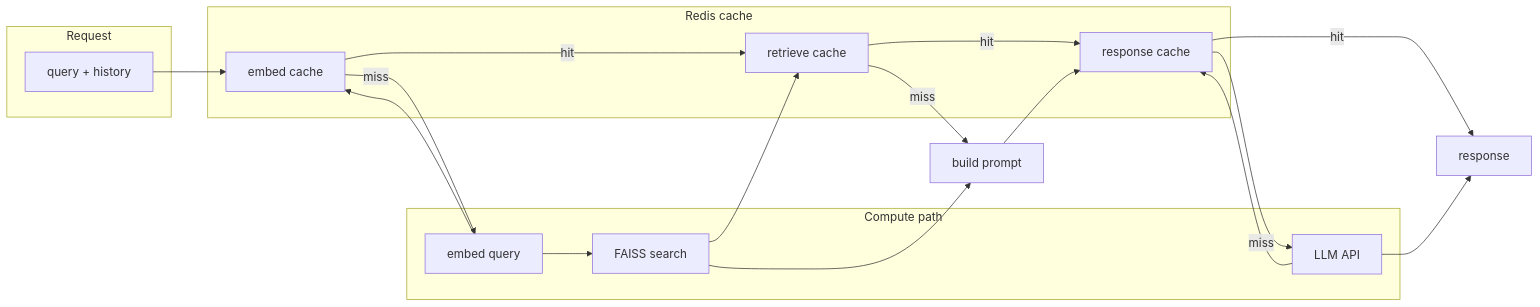
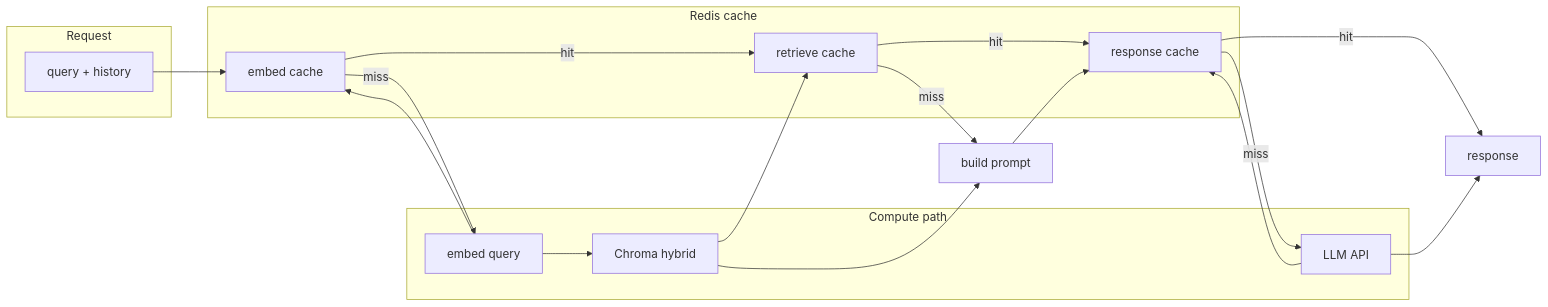
Before and after one commit to ArunkumarAj/Help-Assistant-Chatbot: the second of 2 diagrams in README.md, drawn with Mermaid. The commit also changed other lines of this file and 8 other files, not shown here.

````diff
--- a/README.md
+++ b/README.md
@@ -491,30 +504,30 @@
 ```mermaid
 flowchart LR
     subgraph Request
         Q[query + history]
     end
     subgraph Cache["Redis cache"]
         E[embed cache]
         R[retrieve cache]
         Resp[response cache]
     end
     subgraph Compute["Compute path"]
         Emb[embed query]
-        FAISS[FAISS search]
+        Chroma[Chroma hybrid]
         LLM[LLM API]
     end
     Q --> E
     E -->|hit| R
     E -->|miss| Emb
     Emb --> E
-    Emb --> FAISS
-    FAISS --> R
+    Emb --> Chroma
+    Chroma --> R
     R -->|hit| Resp
     R -->|miss| Build[build prompt]
-    FAISS --> Build
+    Chroma --> Build
     Build --> Resp
     Resp -->|hit| Out[response]
     Resp -->|miss| LLM
     LLM --> Resp
     LLM --> Out
 ```
````
